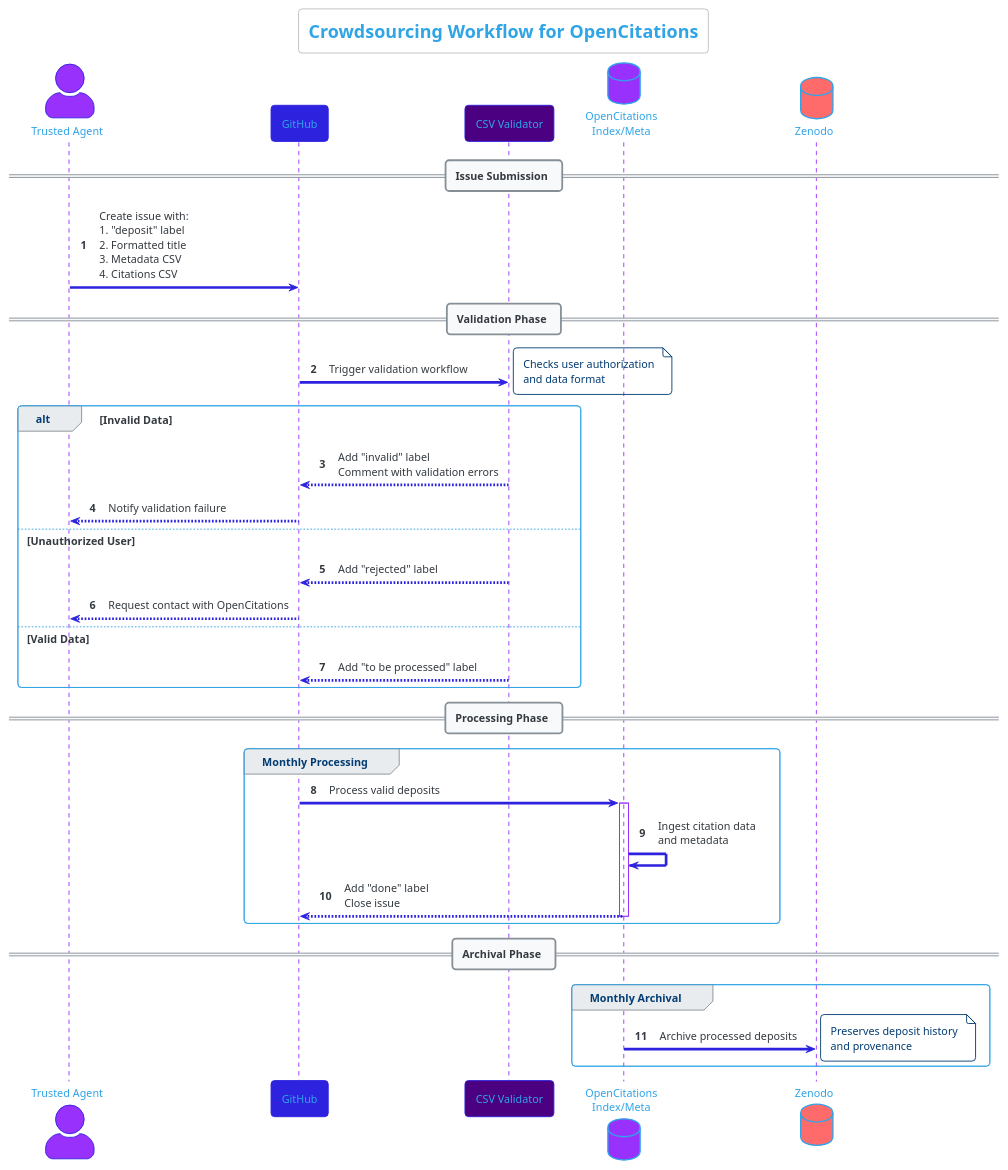
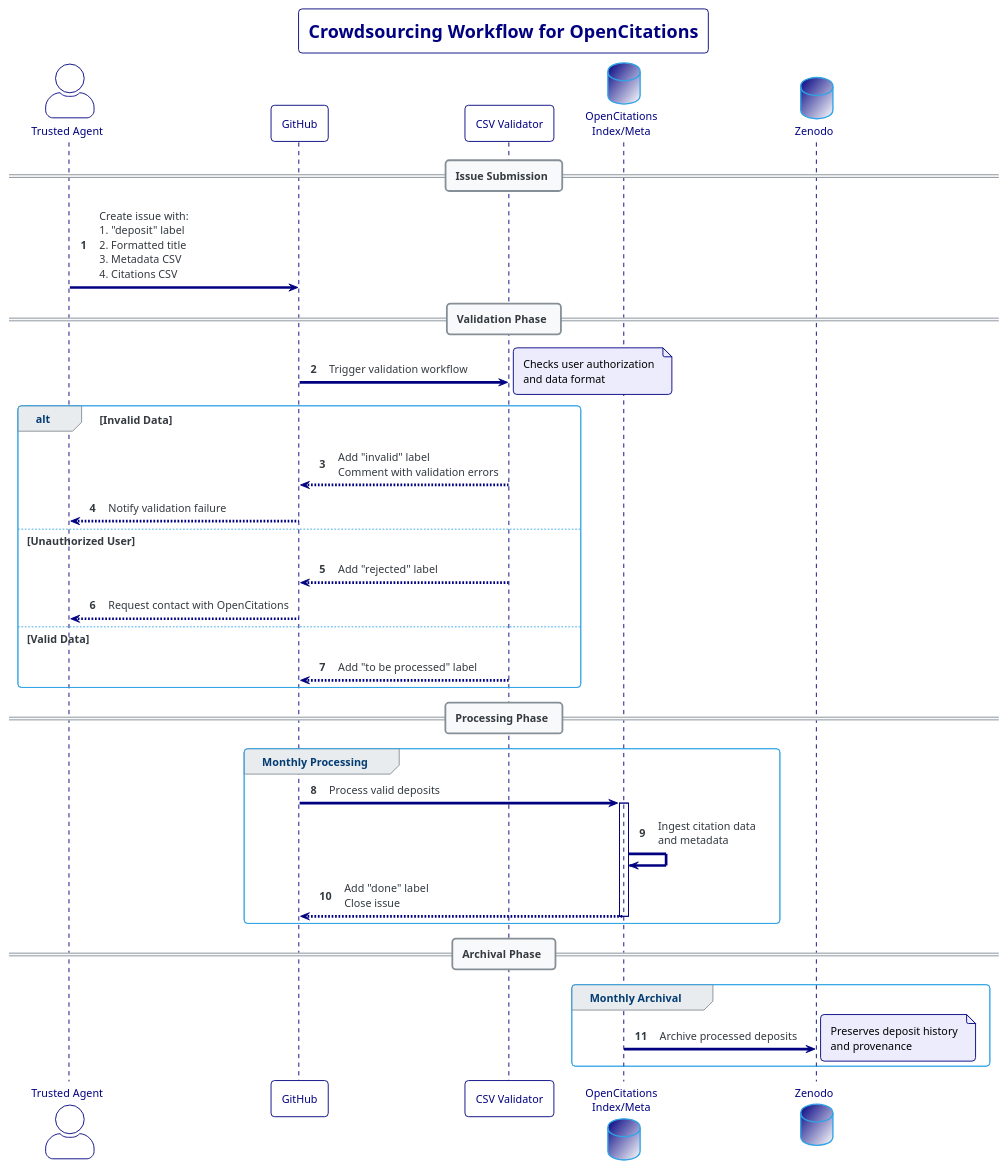
The diagram in docs/workflow.plantuml (opencitations/crowdsourcing), drawn with PlantUML before and after one commit. The commit also changed 3 other files, not shown here.

First line of the commit message:
docs: improve workflow diagram readability

```diff
--- a/docs/workflow.plantuml
+++ b/docs/workflow.plantuml
@@ -1,63 +1,113 @@
 @startuml
 !theme cerulean-outline
 
 skinparam backgroundColor white
-skinparam handwritten false
 skinparam defaultFontName Arial
 skinparam actorStyle awesome
 skinparam participantPadding 20
 skinparam boxPadding 10
+skinparam stereotypeFontColor #000080
 
 ' Custom styles
 skinparam sequence {
-    ArrowColor #2D22DE
-    ActorBorderColor #2D22DE
-    LifeLineBorderColor #9931FC
-    ParticipantBorderColor #2D22DE
-    ParticipantBackgroundColor #F0F0FF
-    BoxBorderColor #2D22DE
+    ArrowColor #000080
+    ActorBorderColor #000080
+    LifeLineBorderColor #000080
+    ParticipantBorderColor #000080
+    ParticipantBackgroundColor white
+    BoxBorderColor #000080
+    ParticipantFontColor #000080
+    ActorFontColor #000080
+    DatabaseFontColor #000080
+    DatabaseStereotypeFontColor #000080
 }
 
-actor "Trusted Agent" as User #9931FC
-participant GitHub #2D22DE
-participant "CSV Validator" as Validator #4B0082
-database "OpenCitations\nIndex/Meta" as OC #9931FC
-database Zenodo #FF6B6B
+' Participants with better contrast
+actor "Trusted Agent" as User
+participant GitHub
+participant "CSV Validator" as Validator
+database "<color:#000080>OpenCitations</color>\n<color:#000080>Index/Meta</color>" as OC #000080/white
+database "<color:#000080>Zenodo</color>" as Zenodo #000080/white
+
+' Custom colors for better readability
+skinparam actor {
+    BackgroundColor white
+    BorderColor #000080
+    FontColor #000080
+    StereotypeFontColor #000080
+}
+
+skinparam participant {
+    BackgroundColor white
+    BorderColor #000080
+    FontColor #000080
+    StereotypeFontColor #000080
+}
+
+skinparam database {
+    BackgroundColor white
+    BorderColor #000080
+    FontColor #000080
+    StereotypeFontColor #000080
+    FontStyle bold
+}
+
+skinparam databaseBackgroundColor white
+skinparam databaseFontColor #000080
+skinparam databaseBorderColor #000080
+
+skinparam note {
+    BackgroundColor #ECECFD
+    BorderColor #000080
+    FontColor black
+}
+
+skinparam group {
+    BackgroundColor white
+    BorderColor #000080
+    FontColor #000080
+}
+
+skinparam title {
+    FontColor #000080
+    FontSize 20
+    BorderColor #000080
+}
 
 title Crowdsourcing Workflow for OpenCitations
 
 autonumber
 
 == Issue Submission ==
 User -> GitHub: Create issue with:\n1. "deposit" label\n2. Formatted title\n3. Metadata CSV\n4. Citations CSV
 
 == Validation Phase ==
 GitHub -> Validator: Trigger validation workflow
 note right: Checks user authorization\nand data format
 
 alt Invalid Data
     Validator --> GitHub: Add "invalid" label\nComment with validation errors
     GitHub --> User: Notify validation failure
 else Unauthorized User
     Validator --> GitHub: Add "rejected" label
     GitHub --> User: Request contact with OpenCitations
 else Valid Data
     Validator --> GitHub: Add "to be processed" label
 end
 
 == Processing Phase ==
 group Monthly Processing
     GitHub -> OC: Process valid deposits
     activate OC
     OC -> OC: Ingest citation data\nand metadata
     OC --> GitHub: Add "done" label\nClose issue
     deactivate OC
 end
 
 == Archival Phase ==
 group Monthly Archival
     OC -> Zenodo: Archive processed deposits
     note right: Preserves deposit history\nand provenance
 end
 
 @enduml
```
